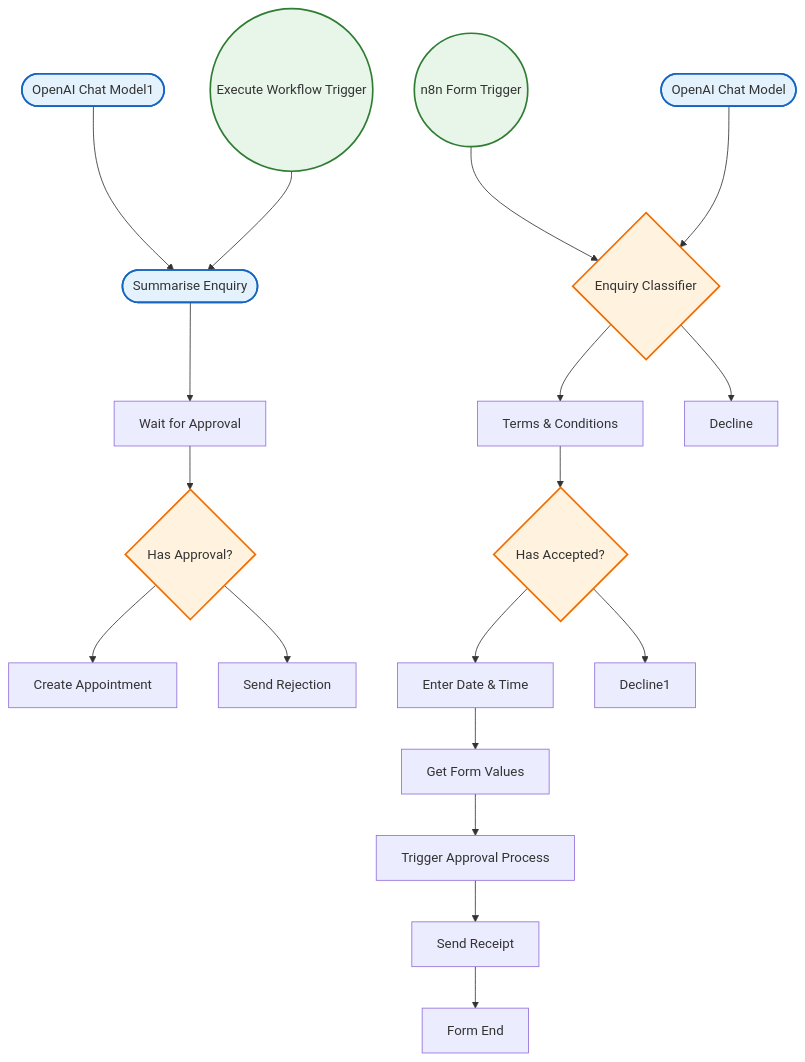
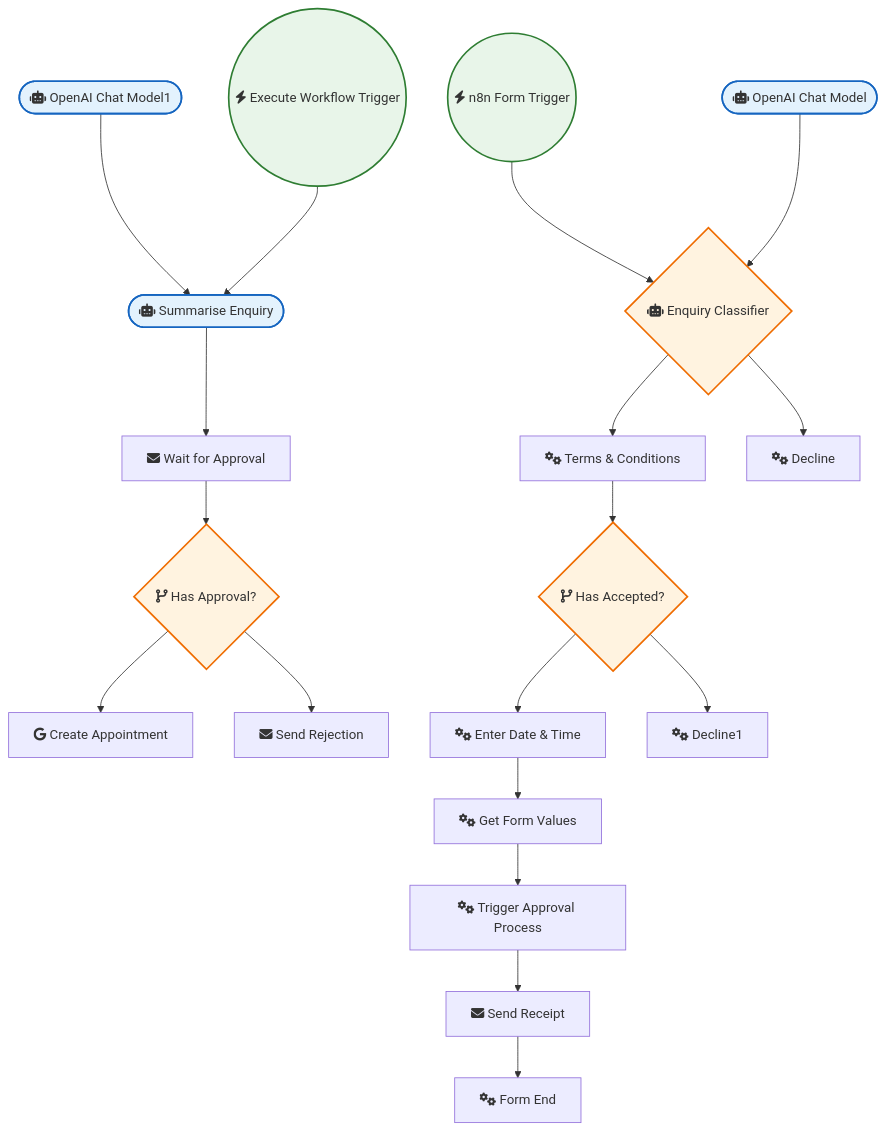
One commit to sreyash3105/N8N-DEMO-AUTOMATIONS changed the diagram in Forms_and_Surveys/Qualifying Appointment Requests with AI & n8n Forms.md. Above: the diagram before and after it, drawn with Mermaid. The commit also changed 291 other files, not shown here.

````diff
--- a/Forms_and_Surveys/Qualifying Appointment Requests with AI & n8n Forms.md
+++ b/Forms_and_Surveys/Qualifying Appointment Requests with AI & n8n Forms.md
@@ -1,44 +1,44 @@
 ```mermaid
 graph TD
     classDef trigger fill:#e8f5e9,stroke:#2e7d32,stroke-width:2px;
     classDef ai fill:#e3f2fd,stroke:#1565c0,stroke-width:2px;
     classDef logic fill:#fff3e0,stroke:#ef6c00,stroke-width:2px;
 
-    n8n_Form_Trigger(("n8n Form Trigger")):::trigger
-    Form_End["Form End"]
-    Enter_Date___Time["Enter Date & Time"]
-    Get_Form_Values["Get Form Values"]
-    Terms___Conditions["Terms & Conditions"]
-    OpenAI_Chat_Model(["OpenAI Chat Model"]):::ai
-    Has_Accepted_{"Has Accepted?"}:::logic
-    Send_Receipt["Send Receipt"]
-    Wait_for_Approval["Wait for Approval"]
-    Has_Approval_{"Has Approval?"}:::logic
-    OpenAI_Chat_Model1(["OpenAI Chat Model1"]):::ai
-    Create_Appointment["Create Appointment"]
-    Send_Rejection["Send Rejection"]
-    Decline["Decline"]
-    Decline1["Decline1"]
-    Trigger_Approval_Process["Trigger Approval Process"]
-    Execute_Workflow_Trigger(("Execute Workflow Trigger")):::trigger
-    Summarise_Enquiry(["Summarise Enquiry"]):::ai
-    Enquiry_Classifier{"Enquiry Classifier"}:::logic
+    n8n_Form_Trigger(("fas:fa-bolt n8n Form Trigger")):::trigger
+    Form_End["fas:fa-cogs Form End"]
+    Enter_Date___Time["fas:fa-cogs Enter Date & Time"]
+    Get_Form_Values["fas:fa-cogs Get Form Values"]
+    Terms___Conditions["fas:fa-cogs Terms & Conditions"]
+    OpenAI_Chat_Model(["fas:fa-robot OpenAI Chat Model"]):::ai
+    Has_Accepted_{"fas:fa-code-branch Has Accepted?"}:::logic
+    Send_Receipt["fas:fa-envelope Send Receipt"]
+    Wait_for_Approval["fas:fa-envelope Wait for Approval"]
+    Has_Approval_{"fas:fa-code-branch Has Approval?"}:::logic
+    OpenAI_Chat_Model1(["fas:fa-robot OpenAI Chat Model1"]):::ai
+    Create_Appointment["fab:fa-google Create Appointment"]
+    Send_Rejection["fas:fa-envelope Send Rejection"]
+    Decline["fas:fa-cogs Decline"]
+    Decline1["fas:fa-cogs Decline1"]
+    Trigger_Approval_Process["fas:fa-cogs Trigger Approval Process"]
+    Execute_Workflow_Trigger(("fas:fa-bolt Execute Workflow Trigger")):::trigger
+    Summarise_Enquiry(["fas:fa-robot Summarise Enquiry"]):::ai
+    Enquiry_Classifier{"fas:fa-robot Enquiry Classifier"}:::logic
 
     Send_Receipt --> Form_End
     Has_Accepted_ --> Enter_Date___Time
     Has_Accepted_ --> Decline1
     Has_Approval_ --> Create_Appointment
     Has_Approval_ --> Send_Rejection
     Get_Form_Values --> Trigger_Approval_Process
     n8n_Form_Trigger --> Enquiry_Classifier
     Enter_Date___Time --> Get_Form_Values
     OpenAI_Chat_Model --> Enquiry_Classifier
     Summarise_Enquiry --> Wait_for_Approval
     Wait_for_Approval --> Has_Approval_
     Enquiry_Classifier --> Terms___Conditions
     Enquiry_Classifier --> Decline
     OpenAI_Chat_Model1 --> Summarise_Enquiry
     Terms___Conditions --> Has_Accepted_
     Execute_Workflow_Trigger --> Summarise_Enquiry
     Trigger_Approval_Process --> Send_Receipt
 ```
````
